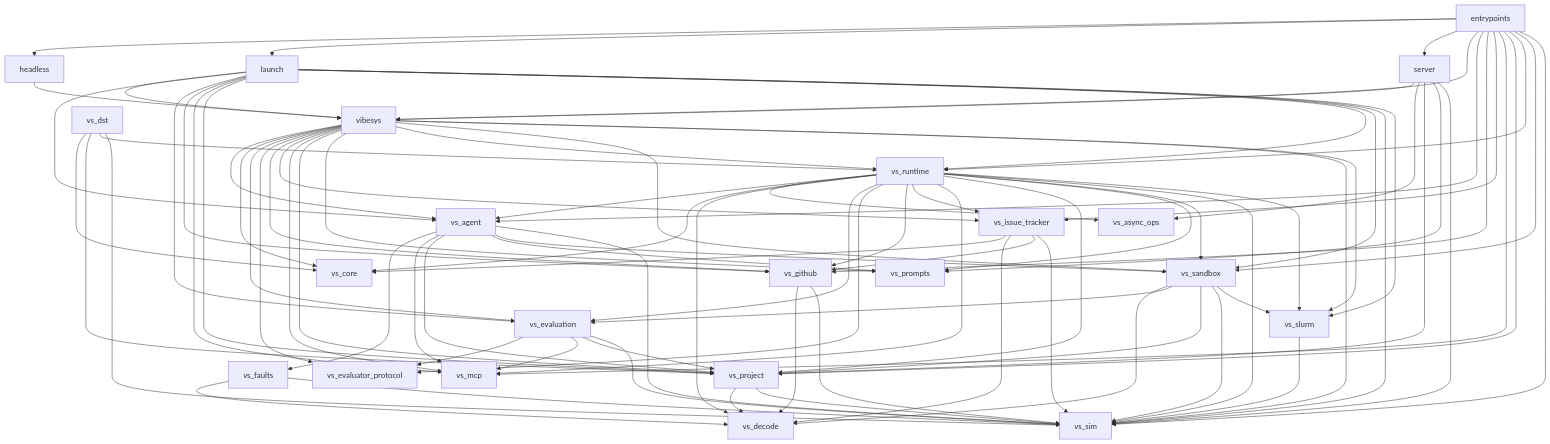
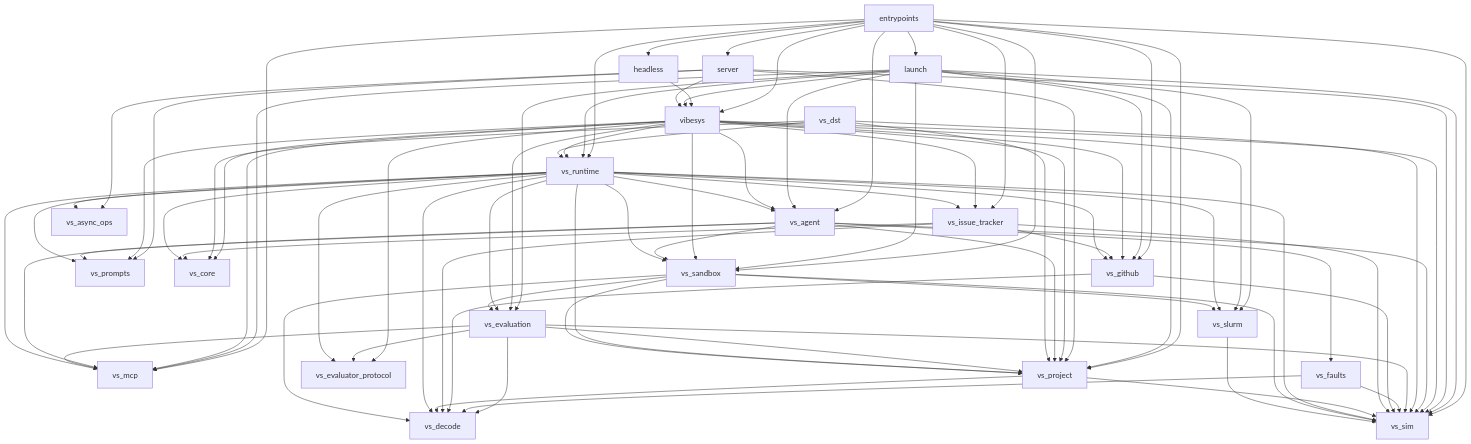
One commit to 6Mikao9/vibesys changed the diagram in docs/contributing/architecture.md. Above: the diagram before and after it, drawn with Mermaid. The commit also changed 6 other files, not shown here.

Commit message:
fix(vs-evaluation): read store records and service replies through vs_decode (#2552)

```diff
--- a/docs/contributing/architecture.md
+++ b/docs/contributing/architecture.md
@@ -178,6 +178,7 @@
     vs_dst --> vs_project
     vs_dst --> vs_runtime
     vs_dst --> vs_sim
+    vs_evaluation --> vs_decode
     vs_evaluation --> vs_evaluator_protocol
     vs_evaluation --> vs_mcp
     vs_evaluation --> vs_project
```
